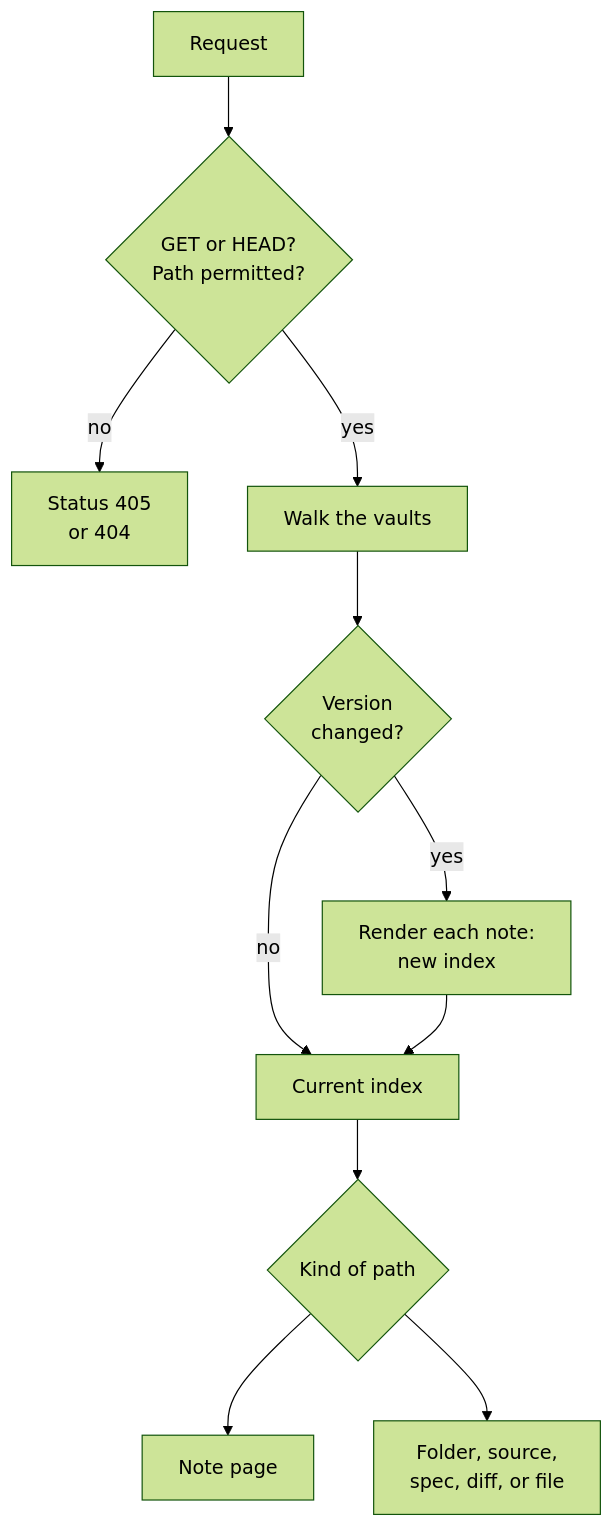
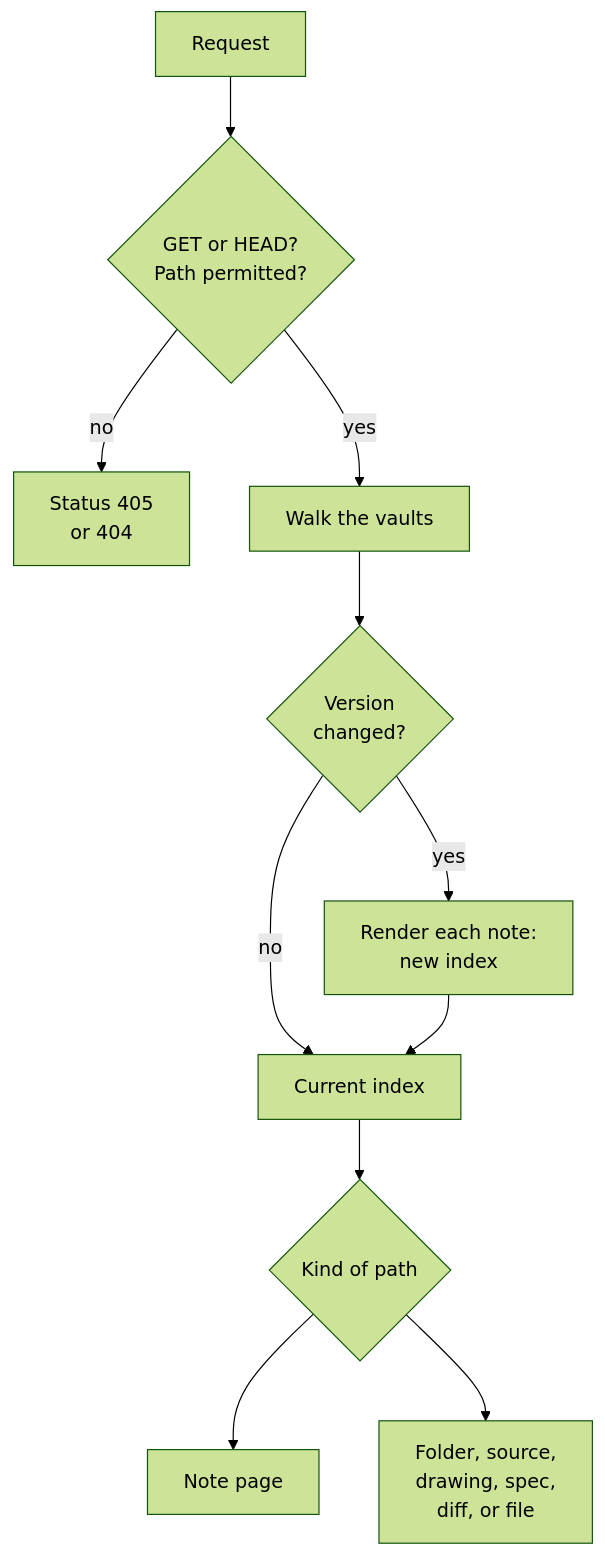
One commit to benrosenblum/docs-viewer changed the second of 3 diagrams in docs/ARCHITECTURE.md. Above: the diagram before and after it, drawn with Mermaid (forest theme). The commit also changed other lines of this file and 11 other files, not shown here.

````diff
--- a/docs/ARCHITECTURE.md
+++ b/docs/ARCHITECTURE.md
@@ -102,13 +102,13 @@
 ```mermaid
 flowchart TD
     Req["Request"] --> Check{"GET or HEAD?<br/>Path permitted?"}
     Check -->|no| Refuse["Status 405<br/>or 404"]
     Check -->|yes| Scan["Walk the vaults"]
     Scan --> Same{"Version<br/>changed?"}
     Same -->|no| Index["Current index"]
     Same -->|yes| Build["Render each note:<br/>new index"]
     Build --> Index
     Index --> Kind{"Kind of path"}
     Kind --> Note["Note page"]
-    Kind --> Other["Folder, source,<br/>spec, diff, or file"]
+    Kind --> Other["Folder, source,<br/>drawing, spec,<br/>diff, or file"]
 ```
````
